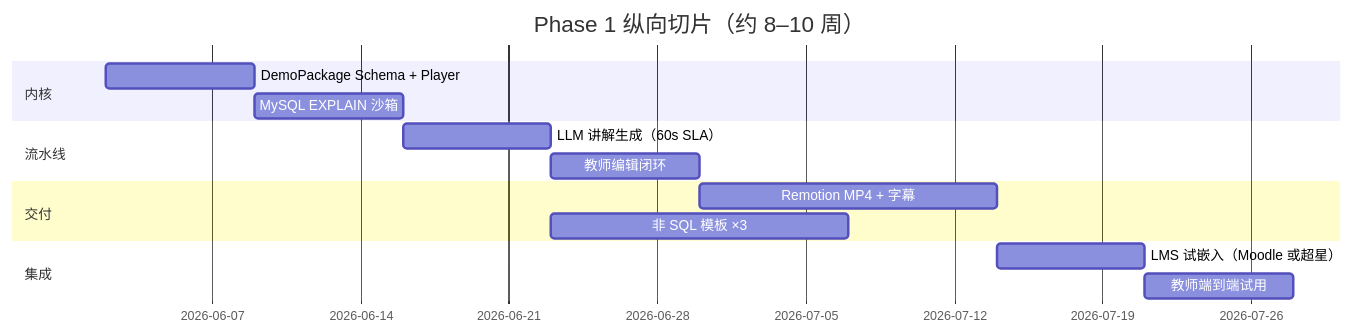
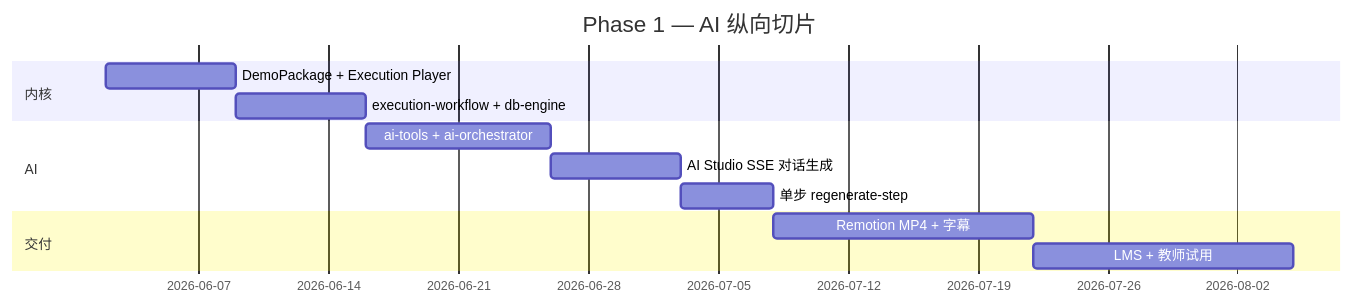
The diagram in 02_DB_Demo_Studio/README.md (a23-1-1/Agent_System), drawn with Mermaid before and after one commit. The commit also changed other lines of this file and 16 other files, not shown here.

````diff
--- a/02_DB_Demo_Studio/README.md
+++ b/02_DB_Demo_Studio/README.md
@@ -68,17 +92,15 @@
 ```mermaid
 gantt
-    title Phase 1 纵向切片（约 8–10 周）
+    title Phase 1 — AI 纵向切片
     dateFormat YYYY-MM-DD
     section 内核
-    DemoPackage Schema + Player     :a1, 2026-06-02, 7d
-    MySQL EXPLAIN 沙箱              :a2, after a1, 7d
-    section 流水线
-    LLM 讲解生成（60s SLA）         :b1, after a2, 7d
-    教师编辑闭环                    :b2, after b1, 7d
+    DemoPackage + Execution Player   :a1, 2026-06-02, 7d
+    execution-workflow + db-engine     :a2, after a1, 7d
+    section AI
+    ai-tools + ai-orchestrator         :b1, after a2, 10d
+    AI Studio SSE 对话生成             :b2, after b1, 7d
+    单步 regenerate-step               :b3, after b2, 5d
     section 交付
-    Remotion MP4 + 字幕             :c1, after b2, 14d
-    非 SQL 模板 ×3                  :c2, after b1, 14d
-    section 集成
-    LMS 试嵌入（Moodle 或超星）     :d1, after c1, 7d
-    教师端到端试用                  :d2, after d1, 7d
+    Remotion MP4 + 字幕                :c1, after b3, 14d
+    LMS + 教师试用                     :d1, after c1, 14d
 ```
````
